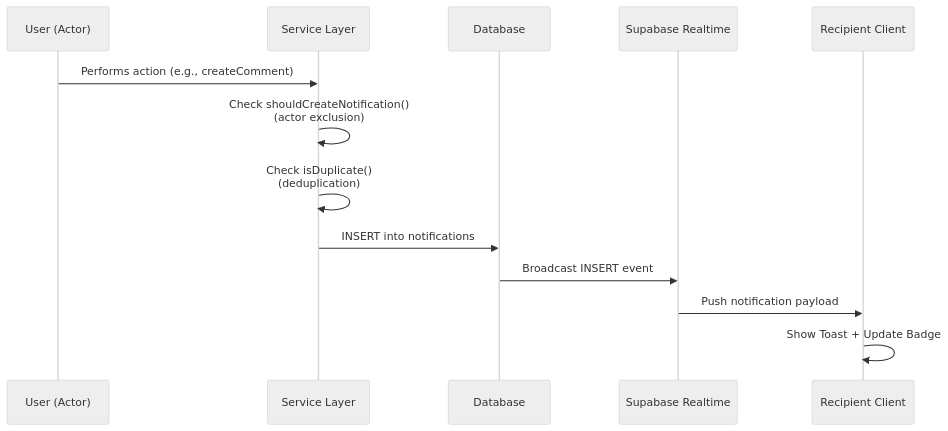
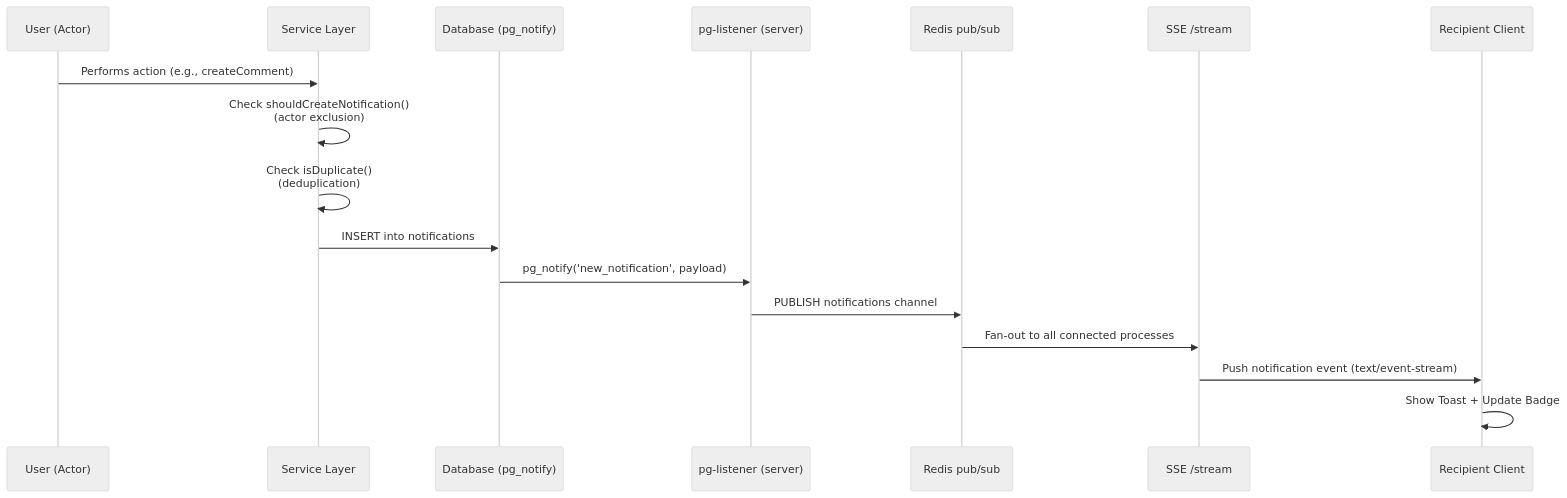
Before and after one commit to BYKHD/ui-syncup: the diagram in docs/feature-architectures/NOTIFICATION_ARCHITECTURE.md, drawn with Mermaid (neutral theme). The commit also changed other lines of this file and 15 other files, not shown here.

````diff
--- a/docs/feature-architectures/NOTIFICATION_ARCHITECTURE.md
+++ b/docs/feature-architectures/NOTIFICATION_ARCHITECTURE.md
@@ -21,16 +21,20 @@
 ```mermaid
 sequenceDiagram
     participant User as User (Actor)
     participant Service as Service Layer
-    participant DB as Database
-    participant RT as Supabase Realtime
+    participant DB as Database (pg_notify)
+    participant PG as pg-listener (server)
+    participant Redis as Redis pub/sub
+    participant SSE as SSE /stream
     participant Recipient as Recipient Client
 
     User->>Service: Performs action (e.g., createComment)
     Service->>Service: Check shouldCreateNotification()<br/>(actor exclusion)
     Service->>Service: Check isDuplicate()<br/>(deduplication)
     Service->>DB: INSERT into notifications
-    DB->>RT: Broadcast INSERT event
-    RT->>Recipient: Push notification payload
+    DB->>PG: pg_notify('new_notification', payload)
+    PG->>Redis: PUBLISH notifications channel
+    Redis->>SSE: Fan-out to all connected processes
+    SSE->>Recipient: Push notification event (text/event-stream)
     Recipient->>Recipient: Show Toast + Update Badge
 ```
````
